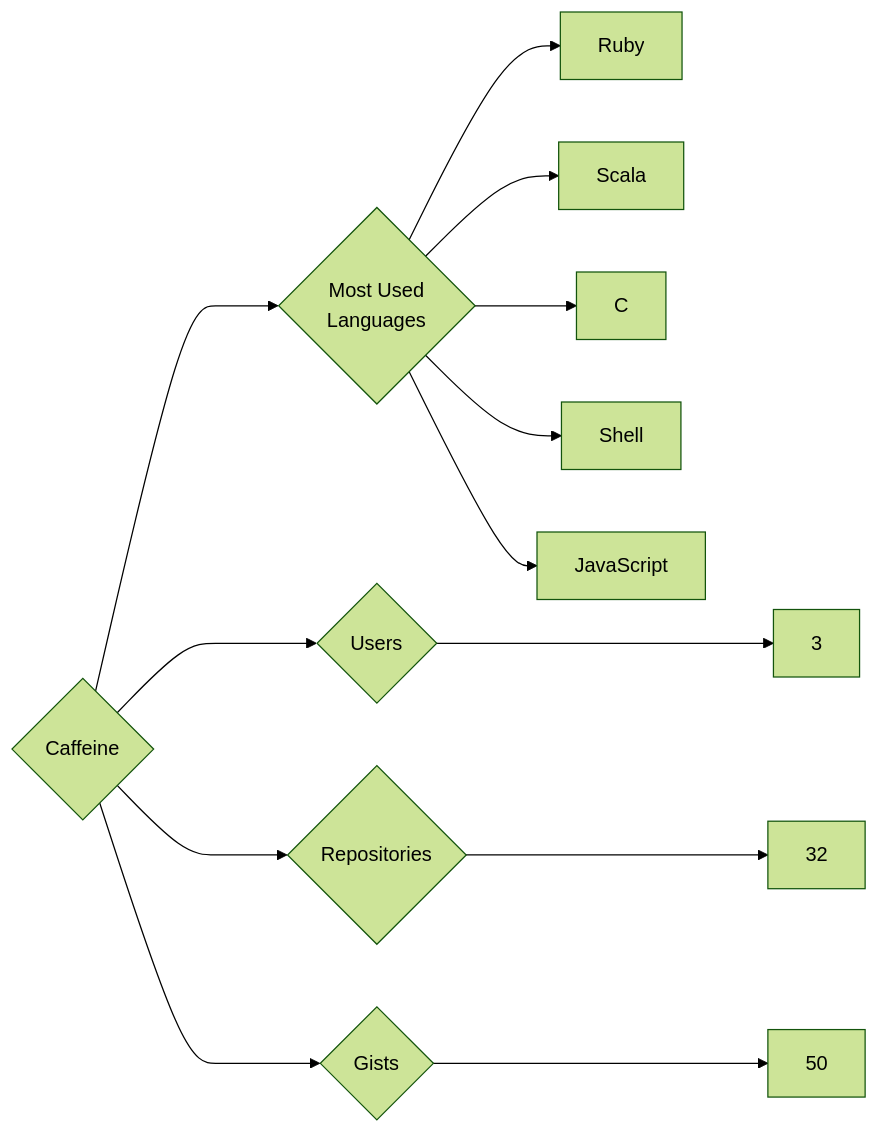
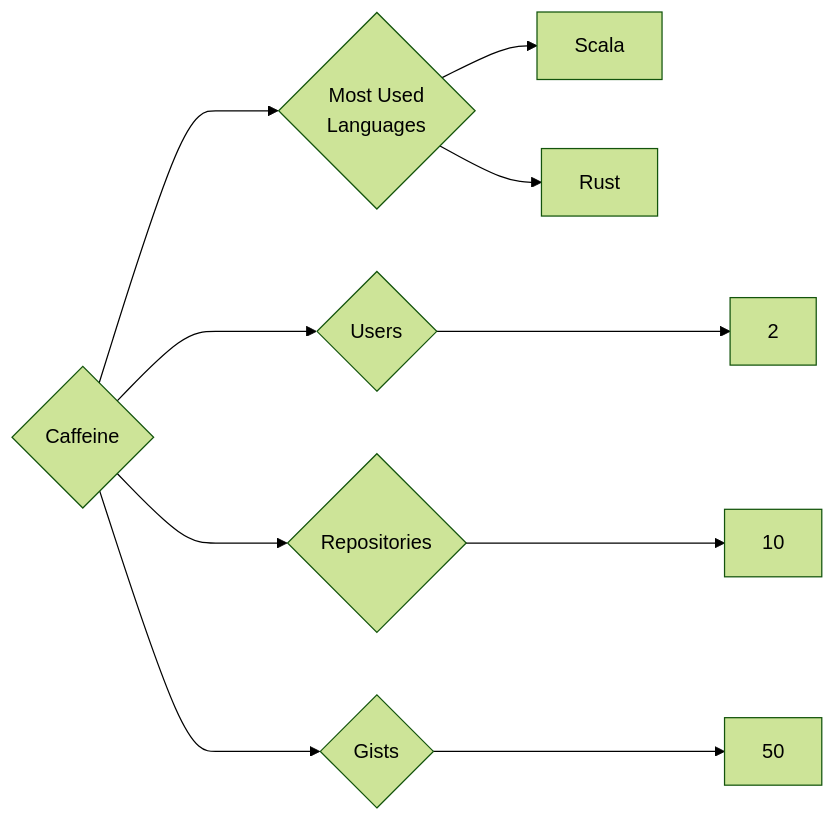
Before and after one commit to trickest/insiders: the diagram in targets/Caffeine/README.md, drawn with Mermaid (forest theme). The commit also changed 880 other files, not shown here.

````diff
--- a/targets/Caffeine/README.md
+++ b/targets/Caffeine/README.md
@@ -3,13 +3,10 @@
 ```mermaid
 graph LR
 COMPANY_NAME{Caffeine}
-COMPANY_NAME ---> U{Users} ---> UN[3]
-COMPANY_NAME ---> R{Repositories} ---> RN[32]
+COMPANY_NAME ---> U{Users} ---> UN[2]
+COMPANY_NAME ---> R{Repositories} ---> RN[10]
 COMPANY_NAME ---> G{Gists} ---> GN[50]
 COMPANY_NAME ---> ML{Most Used<br>Languages}
-ML --> Ruby[Ruby]
 ML --> Scala[Scala]
-ML --> C[C]
-ML --> Shell[Shell]
-ML --> JavaScript[JavaScript]
+ML --> Rust[Rust]
 ```
````
